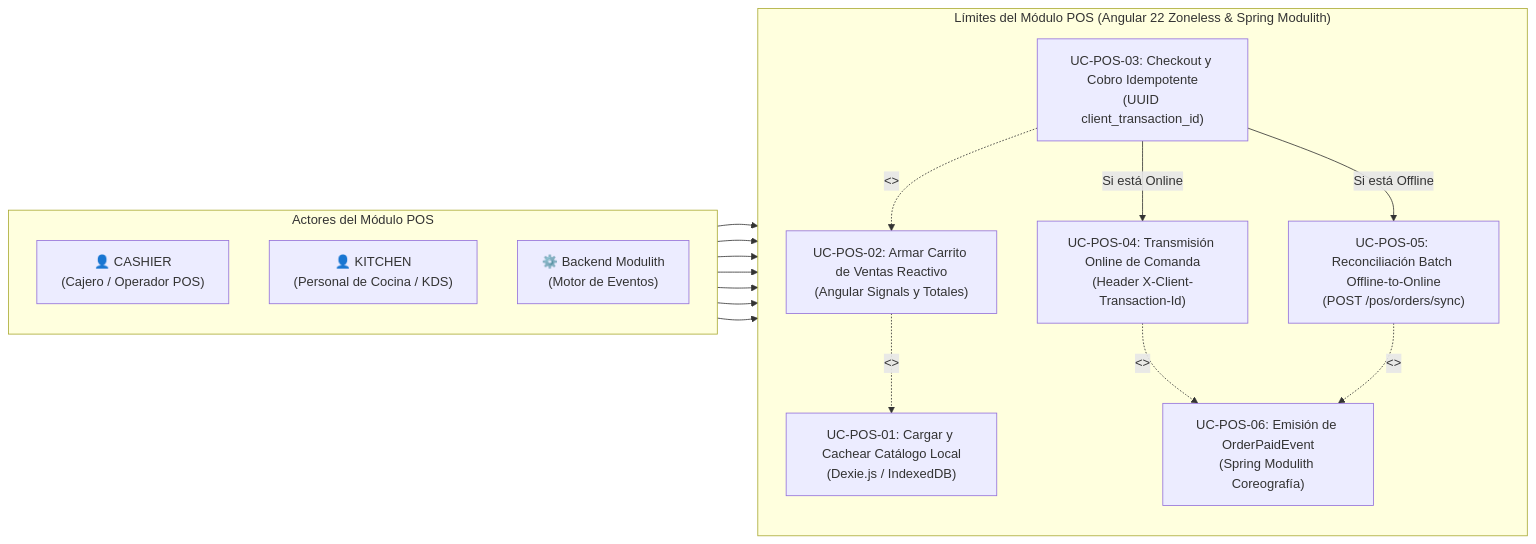
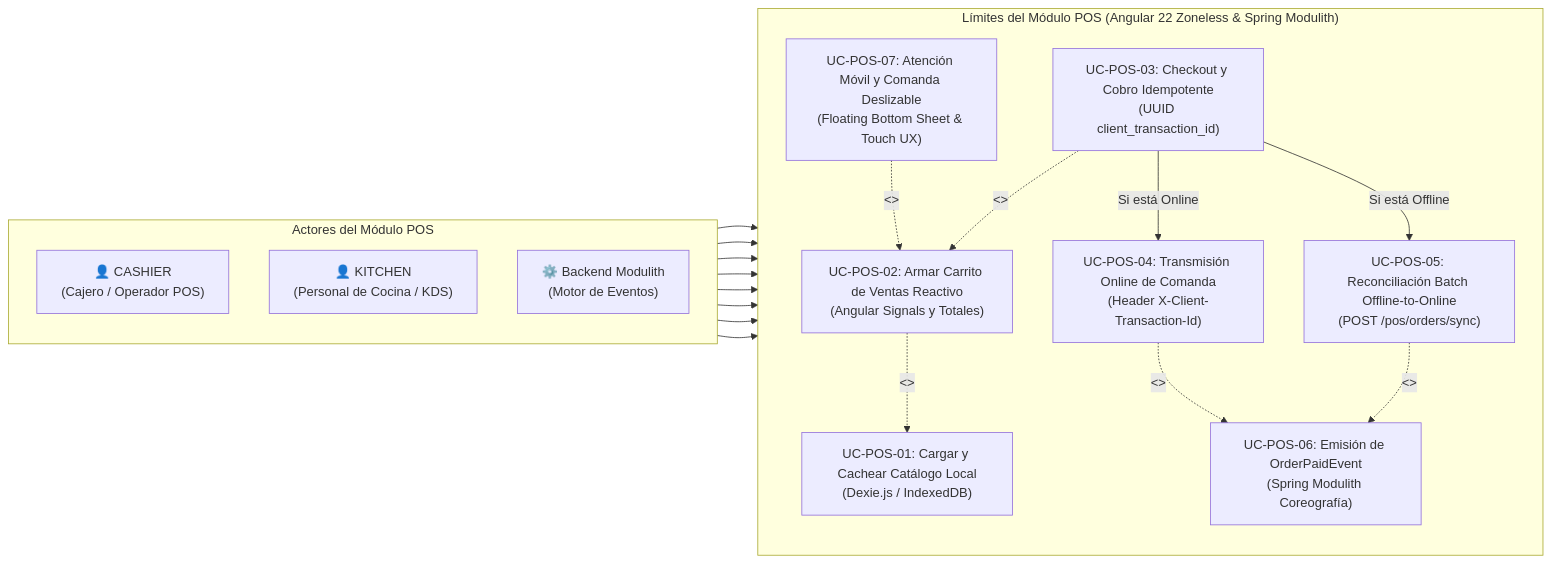
Before and after one commit to vakajose/gestion-restaurante: the diagram in docs/project/architecture/03-use-cases/use_cases_pos.md, drawn with Mermaid. The commit also changed other lines of this file and 8 other files, not shown here.

````diff
--- a/docs/project/architecture/03-use-cases/use_cases_pos.md
+++ b/docs/project/architecture/03-use-cases/use_cases_pos.md
@@ -27,39 +27,42 @@
 ```mermaid
 flowchart LR
     %% Actores
     subgraph Actores["Actores del Módulo POS"]
         direction TB
         Act_CS["👤 CASHIER<br/>(Cajero / Operador POS)"]
         Act_KT["👤 KITCHEN<br/>(Personal de Cocina / KDS)"]
         Act_SYS["⚙️ Backend Modulith<br/>(Motor de Eventos)"]
     end
 
     %% Casos de Uso
     subgraph Mod_POS["Límites del Módulo POS (Angular 22 Zoneless & Spring Modulith)"]
         direction TB
         UC_POS_01["UC-POS-01: Cargar y Cachear Catálogo Local<br/>(Dexie.js / IndexedDB)"]
         UC_POS_02["UC-POS-02: Armar Carrito de Ventas Reactivo<br/>(Angular Signals y Totales)"]
         UC_POS_03["UC-POS-03: Checkout y Cobro Idempotente<br/>(UUID client_transaction_id)"]
         UC_POS_04["UC-POS-04: Transmisión Online de Comanda<br/>(Header X-Client-Transaction-Id)"]
         UC_POS_05["UC-POS-05: Reconciliación Batch Offline-to-Online<br/>(POST /pos/orders/sync)"]
         UC_POS_06["UC-POS-06: Emisión de OrderPaidEvent<br/>(Spring Modulith Coreografía)"]
+        UC_POS_07["UC-POS-07: Atención Móvil y Comanda Deslizable<br/>(Floating Bottom Sheet & Touch UX)"]
     end
 
     %% Asociaciones de Actores
     Act_CS --> UC_POS_01
     Act_CS --> UC_POS_02
     Act_CS --> UC_POS_03
     Act_CS --> UC_POS_04
     Act_CS --> UC_POS_05
+    Act_CS --> UC_POS_07
 
     Act_KT --> UC_POS_03
     Act_SYS --> UC_POS_06
 
     %% Relaciones entre Casos de Uso
     UC_POS_02 -.->|"<<precede>>"| UC_POS_01
+    UC_POS_07 -.->|"<<extends en móvil < 768px>>"| UC_POS_02
     UC_POS_03 -.->|"<<include>>"| UC_POS_02
     UC_POS_03 -->|"Si está Online"| UC_POS_04
     UC_POS_03 -->|"Si está Offline"| UC_POS_05
     UC_POS_04 -.->|"<<triggers>>"| UC_POS_06
     UC_POS_05 -.->|"<<triggers por cada orden>>"| UC_POS_06
 ```
````
